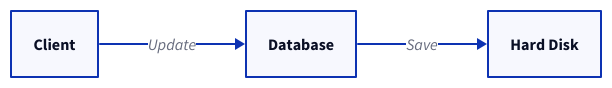
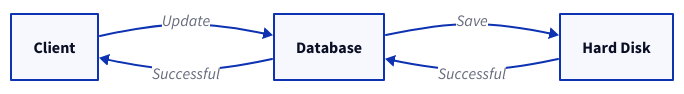
One commit to link1905/system-design-101 changed the first of 5 diagrams in content/docs/system-administration/system-recovery.md. Above: the diagram before and after it, drawn with D2. The commit also changed other lines of this file and 21 other files, not shown here.

````diff
--- a/content/docs/system-administration/system-recovery.md
+++ b/content/docs/system-administration/system-recovery.md
@@ -73,14 +75,16 @@
 ```d2
 direction: right
 c: Client {
   class: client
 }
 d: Database {
   class: db
 }
 h: Hard Disk {
   class: hd
 }
 c -> d: Update
 d -> h: Save
+h -> d: Successful
+d -> c: Successful
 ```
````
